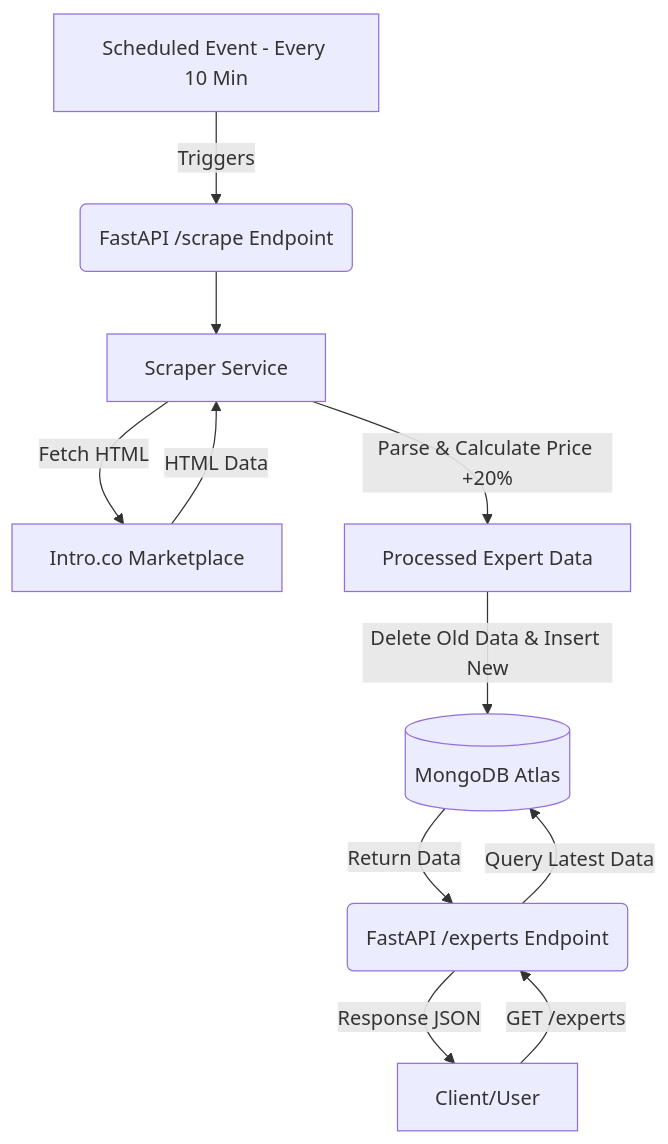
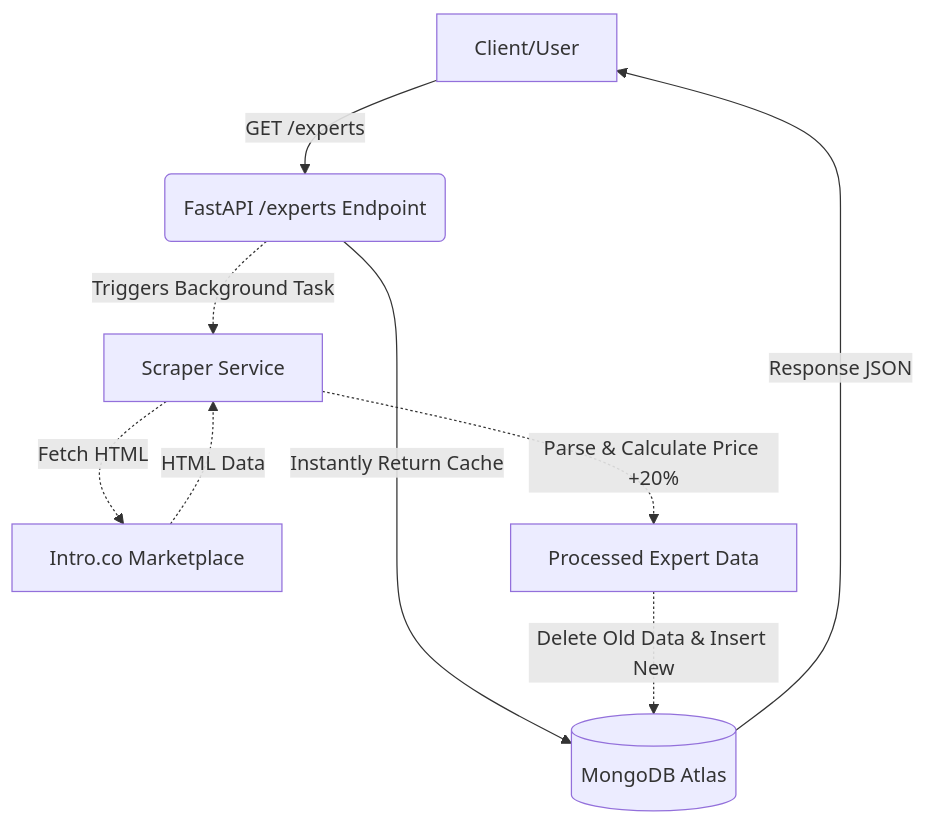
Before and after one commit to Metlink-in/Experts_agent: the diagram in PROJECT_DOCUMENTATION.md, drawn with Mermaid. The commit also changed other lines of this file and 6 other files, not shown here.

````diff
--- a/PROJECT_DOCUMENTATION.md
+++ b/PROJECT_DOCUMENTATION.md
@@ -11,13 +11,11 @@
 ```mermaid
 graph TD
-    A[Scheduled Event - Every 10 Min] -->|Triggers| B(FastAPI /scrape Endpoint)
-    B --> C[Scraper Service]
-    C -->|Fetch HTML| D[Intro.co Marketplace]
-    D -->|HTML Data| C
-    C -->|Parse & Calculate Price +20%| E[Processed Expert Data]
-    E -->|Delete Old Data & Insert New| F[(MongoDB Atlas)]
-    G[Client/User] -->|GET /experts| H(FastAPI /experts Endpoint)
-    H -->|Query Latest Data| F
-    F -->|Return Data| H
-    H -->|Response JSON| G
+    A[Client/User] -->|GET /experts| B(FastAPI /experts Endpoint)
+    B -->|Instantly Return Cache| C[(MongoDB Atlas)]
+    C -->|Response JSON| A
+    B -.->|Triggers Background Task| D[Scraper Service]
+    D -.->|Fetch HTML| E[Intro.co Marketplace]
+    E -.->|HTML Data| D
+    D -.->|Parse & Calculate Price +20%| F[Processed Expert Data]
+    F -.->|Delete Old Data & Insert New| C
 ```
````
